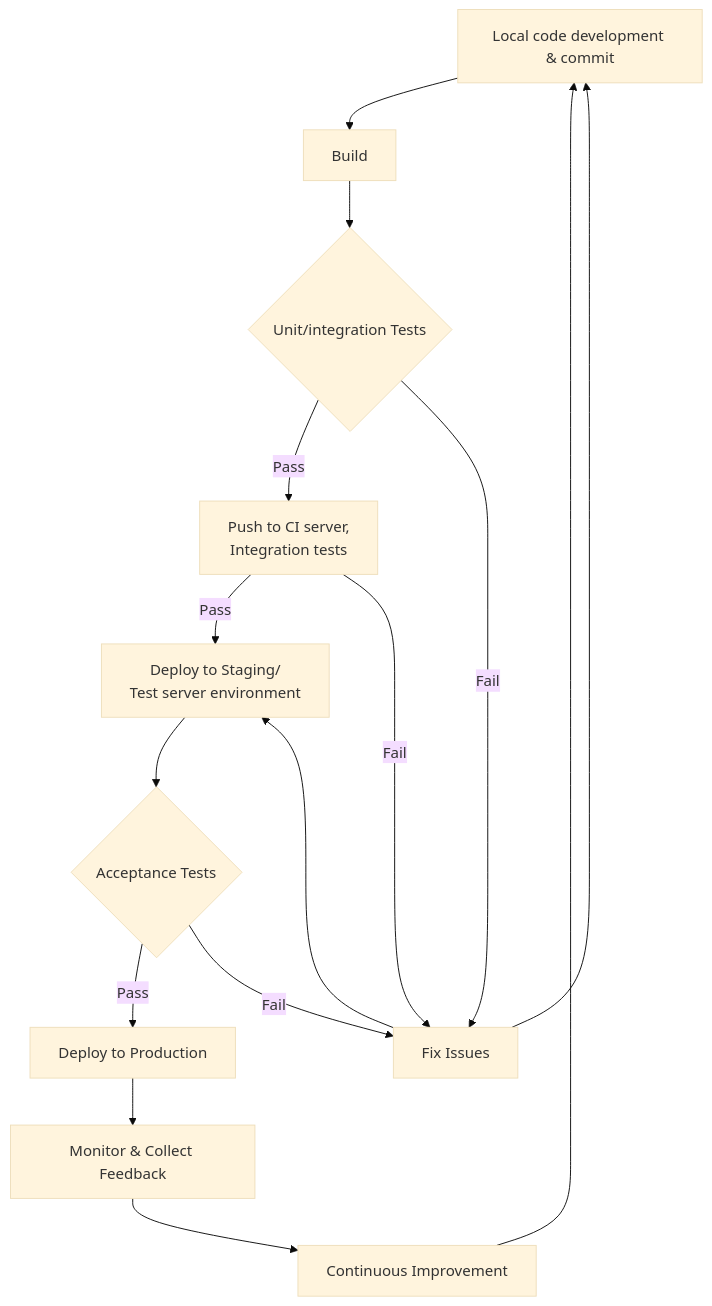
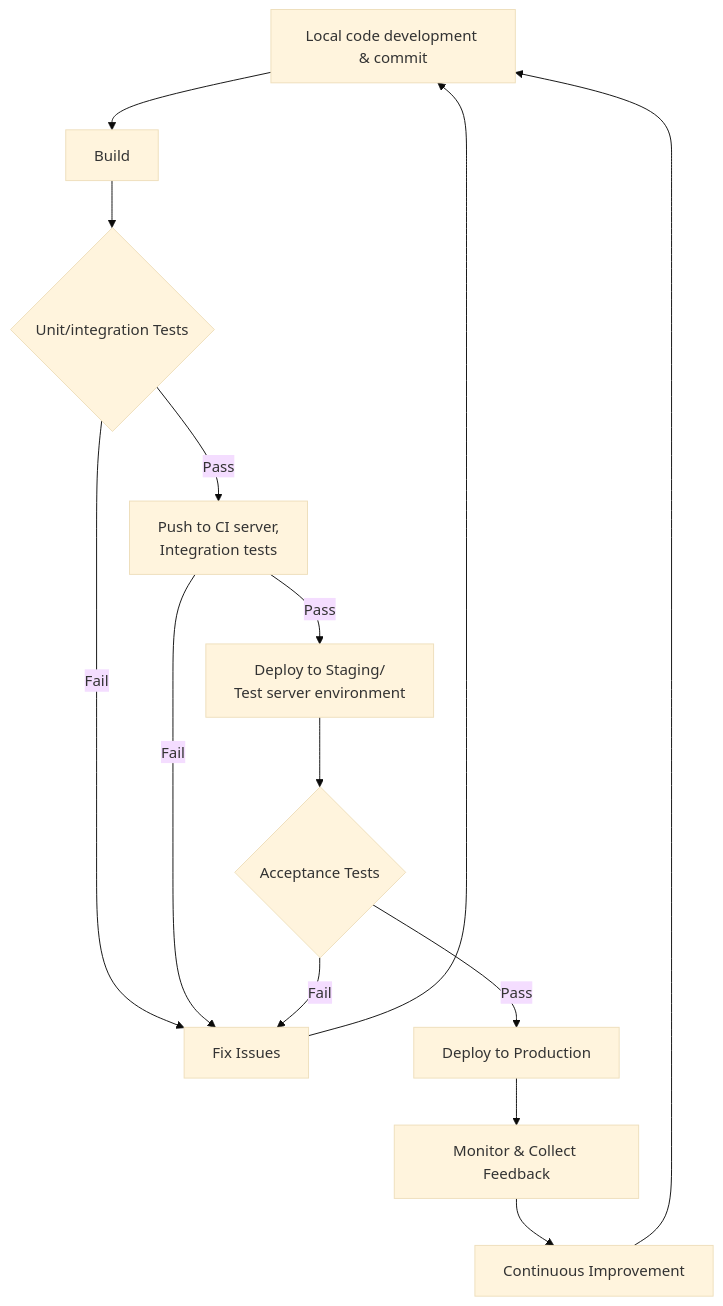
Before and after one commit to mattpe/node-ci-intro: the diagram in lecture/readme.md, drawn with Mermaid (base theme).

Commit message:
Update flowchart by removing E to F transition

````diff
--- a/lecture/readme.md
+++ b/lecture/readme.md
@@ -67,17 +67,16 @@
 ```mermaid
 graph TD
     A[Local code development & commit] --> B[Build]
     B --> C{Unit/integration Tests}
     C -->|Pass| D[Push to CI server,\n Integration tests]
     C -->|Fail| E[Fix Issues]
     E --> A
     D -->|Pass| F[Deploy to Staging/\n Test server environment]
     D -->|Fail| E
     F --> G{Acceptance Tests}
     G -->|Pass| H[Deploy to Production]
     G -->|Fail| E
-    E --> F
     H --> J[Monitor & Collect Feedback]
     J --> K[Continuous Improvement]
     K --> A
 ```
````
